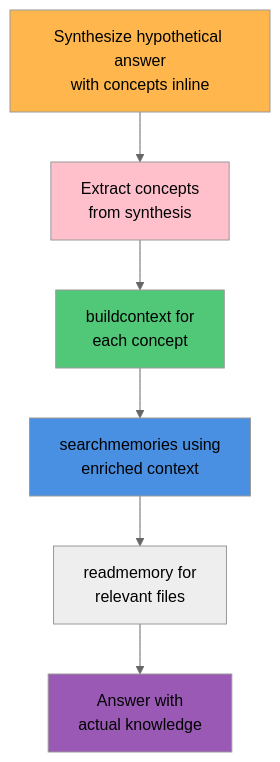
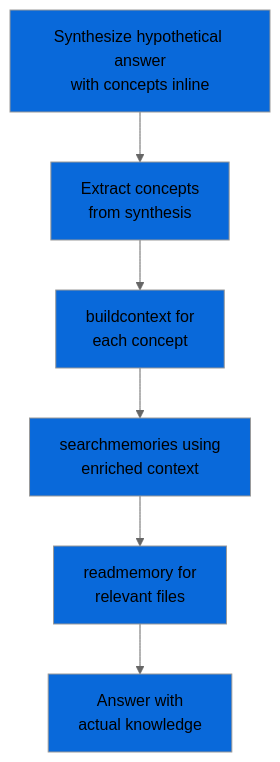
Before and after one commit to msbrettorg/maenifold: the third of 7 diagrams in integrations/skills/maenifold/README.md, drawn with Mermaid (neutral theme). The commit also changed other lines of this file and 31 other files, not shown here.

````diff
--- a/integrations/skills/maenifold/README.md
+++ b/integrations/skills/maenifold/README.md
@@ -102,14 +103,15 @@
 ```mermaid
 graph TD
     A[Synthesize hypothetical answer<br/>with concepts inline] --> B[Extract concepts<br/>from synthesis]
     B --> C[buildcontext for<br/>each concept]
     C --> D[searchmemories using<br/>enriched context]
     D --> E[readmemory for<br/>relevant files]
     E --> F[Answer with<br/>actual knowledge]
 
-    style A fill:#FFB74D
-    style B fill:#FFC0CB
-    style C fill:#50C878
-    style D fill:#4A90E2
-    style F fill:#9B59B6
+    style A fill:#0969DA
+    style B fill:#0969DA
+    style C fill:#0969DA
+    style D fill:#0969DA
+    style E fill:#0969DA
+    style F fill:#0969DA
 ```
````
